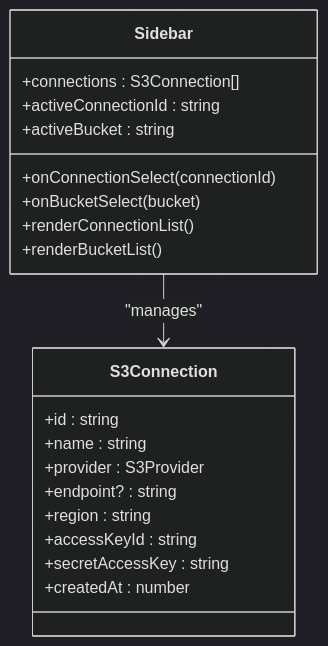
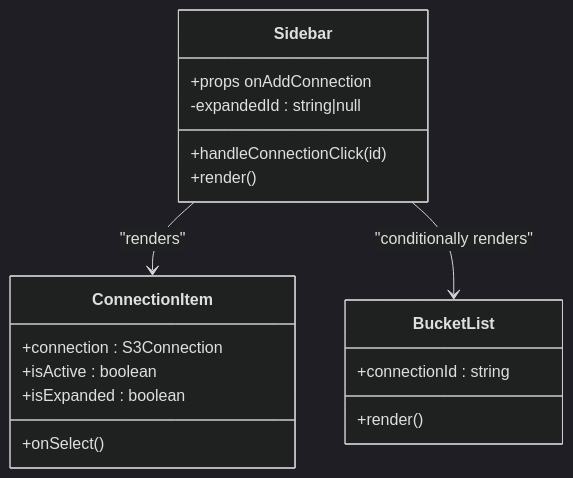
The fifth of 11 diagrams in .qoder/repowiki/en/content/Core Features/File Browser Interface.md (nasrulhadi/s3-explorer), drawn with Mermaid (dark theme) before and after one commit. The commit also changed other lines of this file and 46 other files, not shown here.

````diff
--- a/.qoder/repowiki/en/content/Core Features/File Browser Interface.md
+++ b/.qoder/repowiki/en/content/Core Features/File Browser Interface.md
@@ -148,23 +212,21 @@
 ```mermaid
 classDiagram
 class Sidebar {
-+connections : S3Connection[]
-+activeConnectionId : string
-+activeBucket : string
-+onConnectionSelect(connectionId)
-+onBucketSelect(bucket)
-+renderConnectionList()
-+renderBucketList()
++props onAddConnection
+-expandedId : string|null
++handleConnectionClick(id)
++render()
 }
-class S3Connection {
-+id : string
-+name : string
-+provider : S3Provider
-+endpoint? : string
-+region : string
-+accessKeyId : string
-+secretAccessKey : string
-+createdAt : number
+class ConnectionItem {
++connection : S3Connection
++isActive : boolean
++isExpanded : boolean
++onSelect()
 }
-Sidebar --> S3Connection : "manages"
+class BucketList {
++connectionId : string
++render()
+}
+Sidebar --> ConnectionItem : "renders"
+Sidebar --> BucketList : "conditionally renders"
 ```
````
